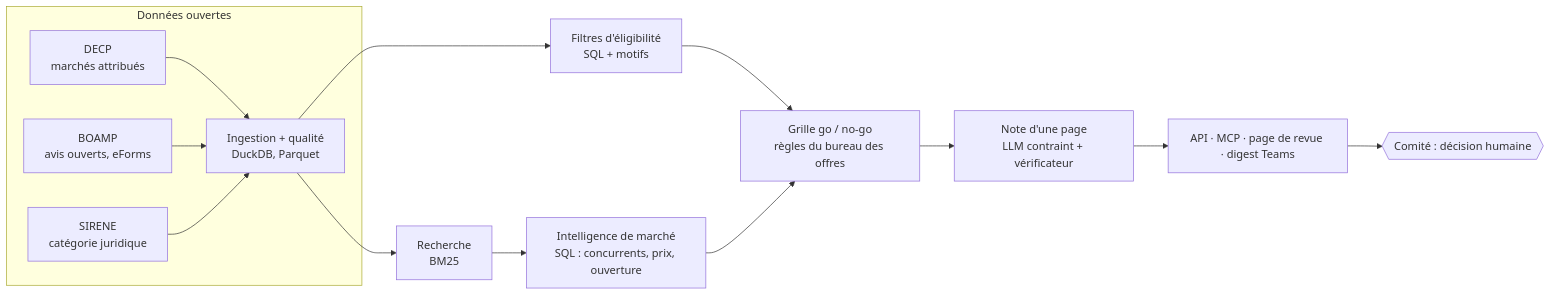
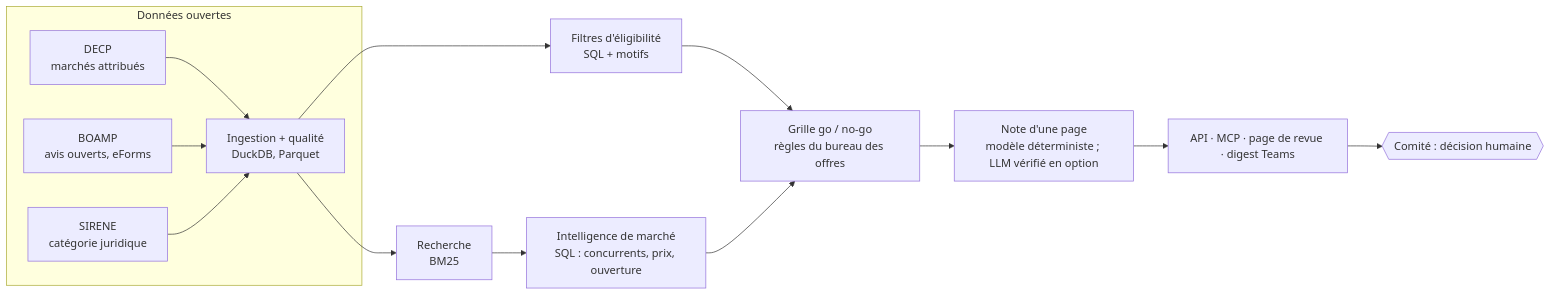
One commit to KhalilBenGaied66/Avant-Offre changed the diagram in README.md. Above: the diagram before and after it, drawn with Mermaid. The commit also changed other lines of this file and 14 other files, not shown here.

````diff
--- a/README.md
+++ b/README.md
@@ -35,16 +36,16 @@
 ```mermaid
 flowchart LR
   subgraph Données ouvertes
     DECP[DECP<br/>marchés attribués] --> I
     BOAMP[BOAMP<br/>avis ouverts, eForms] --> I
     SIRENE[SIRENE<br/>catégorie juridique] --> I
   end
   I[Ingestion + qualité<br/>DuckDB, Parquet] --> S[Recherche<br/>BM25]
   I --> F[Filtres d'éligibilité<br/>SQL + motifs]
   S --> M[Intelligence de marché<br/>SQL : concurrents, prix, ouverture]
   F --> G[Grille go / no-go<br/>règles du bureau des offres]
   M --> G
-  G --> N[Note d'une page<br/>LLM contraint + vérificateur]
+  G --> N[Note d'une page<br/>modèle déterministe ; LLM vérifié en option]
   N --> API[API · MCP · page de revue · digest Teams]
   API --> C{{Comité : décision humaine}}
 ```
````
